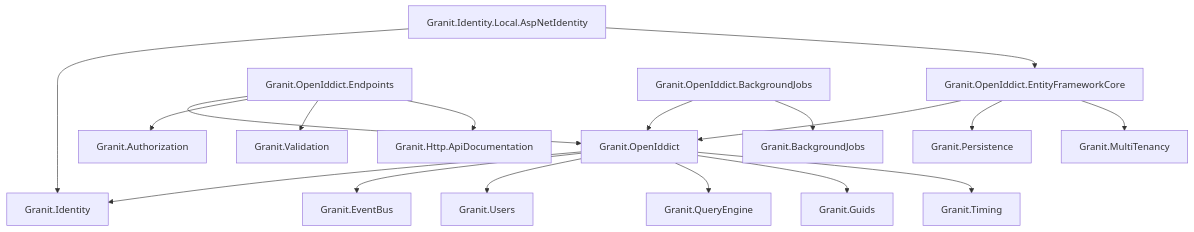
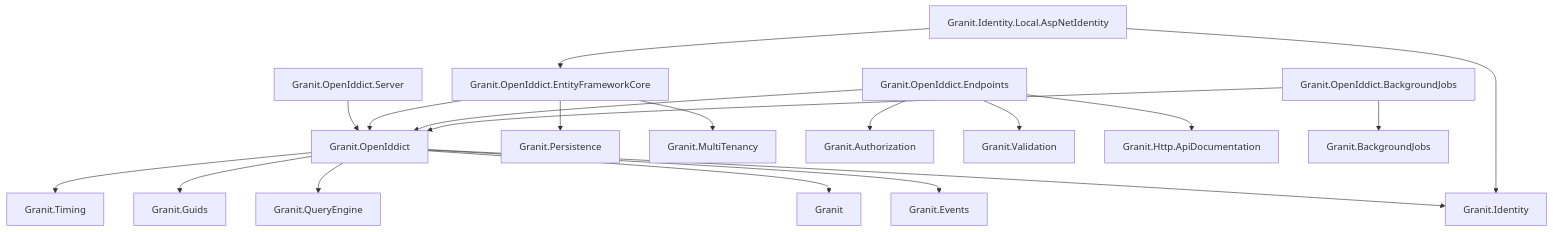
One commit to granit-fx/granit-docs changed the diagram in src/content/docs/dotnet/security/openiddict/index.mdx. Above: the diagram before and after it, drawn with Mermaid. The commit also changed other lines of this file and 13 other files, not shown here.

````diff
--- a/src/content/docs/dotnet/security/openiddict/index.mdx
+++ b/src/content/docs/dotnet/security/openiddict/index.mdx
@@ -55,24 +57,25 @@
 ```mermaid
 graph TD
     OID[Granit.OpenIddict] --> IDEN[Granit.Identity]
-    OID --> EVT[Granit.EventBus]
-    OID --> SEC[Granit.Users]
+    OID --> EVT[Granit.Events]
+    SRV[Granit.OpenIddict.Server] --> OID
+    OID --> SEC[Granit]
     OID --> QRY[Granit.QueryEngine]
     OID --> GID[Granit.Guids]
     OID --> TIM[Granit.Timing]
 
     EFC[Granit.OpenIddict.EntityFrameworkCore] --> OID
     EFC --> PER[Granit.Persistence]
     EFC --> MT[Granit.MultiTenancy]
 
     IOID[Granit.Identity.Local.AspNetIdentity] --> IDEN
     IOID --> EFC
 
     EP[Granit.OpenIddict.Endpoints] --> OID
     EP --> AZ[Granit.Authorization]
     EP --> VAL[Granit.Validation]
     EP --> DOC[Granit.Http.ApiDocumentation]
 
     BG[Granit.OpenIddict.BackgroundJobs] --> OID
     BG --> BJ[Granit.BackgroundJobs]
 ```
````
